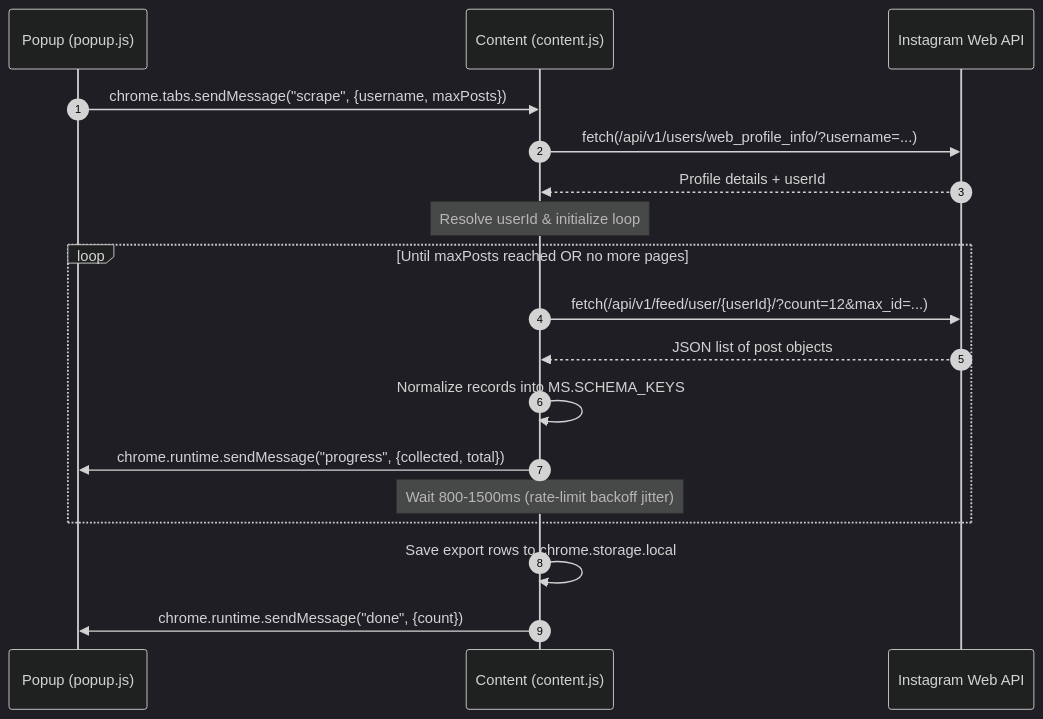
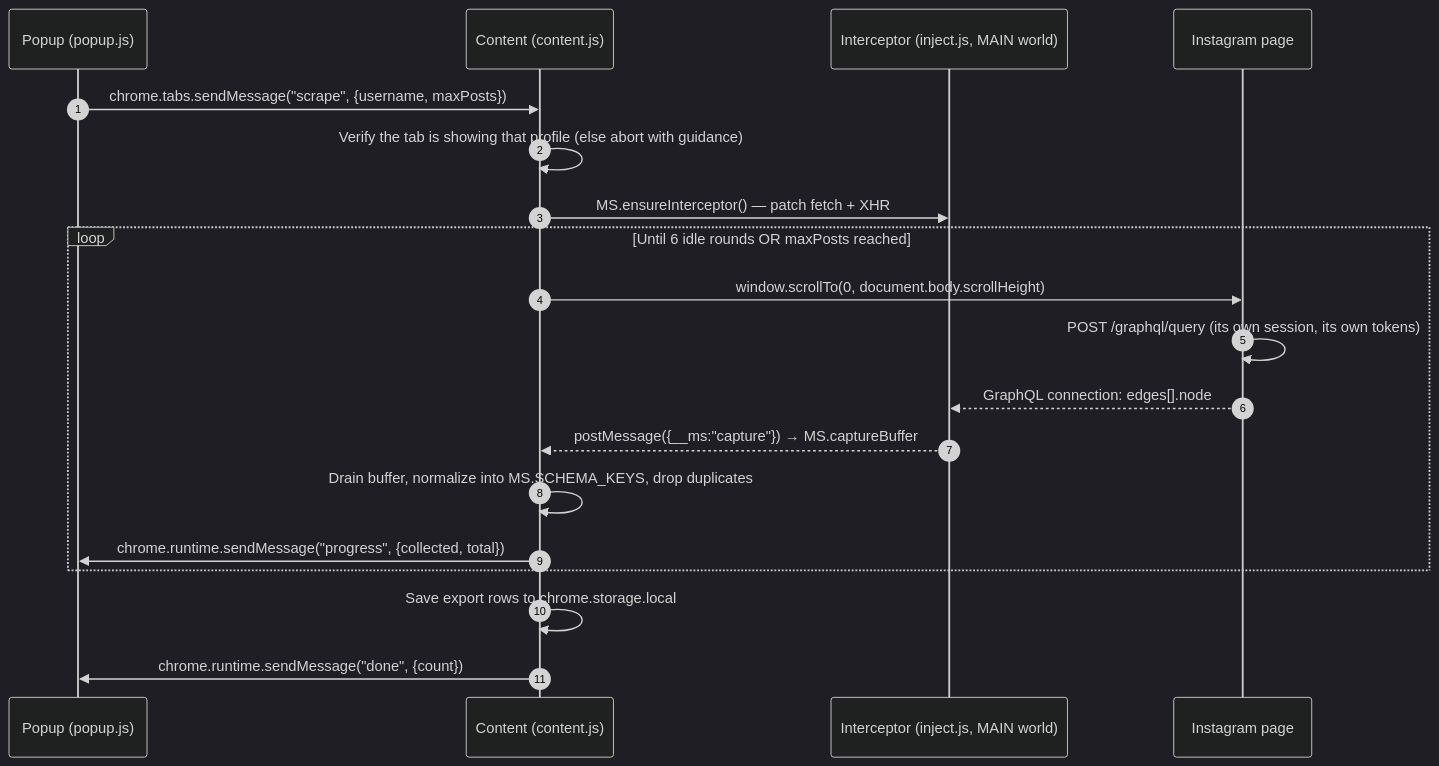
One commit to jim788e/Multiscraper changed the second of 5 diagrams in docs/architecture.md. Above: the diagram before and after it, drawn with Mermaid (dark theme). The commit also changed other lines of this file and 9 other files, not shown here.

First line of the commit message:
feat: read Instagram posts from the page's own GraphQL responses (#3)

````diff
--- a/docs/architecture.md
+++ b/docs/architecture.md
@@ -68,23 +70,24 @@
 ```mermaid
 sequenceDiagram
     autonumber
     participant P as Popup (popup.js)
     participant C as Content (content.js)
-    participant IG as Instagram Web API
+    participant M as Interceptor (inject.js, MAIN world)
+    participant IG as Instagram page
 
     P->>C: chrome.tabs.sendMessage("scrape", {username, maxPosts})
-    C->>IG: fetch(/api/v1/users/web_profile_info/?username=...)
-    IG-->>C: Profile details + userId
-    Note over C: Resolve userId & initialize loop
+    C->>C: Verify the tab is showing that profile (else abort with guidance)
+    C->>M: MS.ensureInterceptor() — patch fetch + XHR
 
-    loop Until maxPosts reached OR no more pages
-        C->>IG: fetch(/api/v1/feed/user/{userId}/?count=12&max_id=...)
-        IG-->>C: JSON list of post objects
-        C->>C: Normalize records into MS.SCHEMA_KEYS
+    loop Until 6 idle rounds OR maxPosts reached
+        C->>IG: window.scrollTo(0, document.body.scrollHeight)
+        IG->>IG: POST /graphql/query (its own session, its own tokens)
+        IG-->>M: GraphQL connection: edges[].node
+        M-->>C: postMessage({__ms:"capture"}) → MS.captureBuffer
+        C->>C: Drain buffer, normalize into MS.SCHEMA_KEYS, drop duplicates
         C->>P: chrome.runtime.sendMessage("progress", {collected, total})
-        Note over C: Wait 800-1500ms (rate-limit backoff jitter)
     end
 
     C->>C: Save export rows to chrome.storage.local
     C->>P: chrome.runtime.sendMessage("done", {count})
 ```
````
